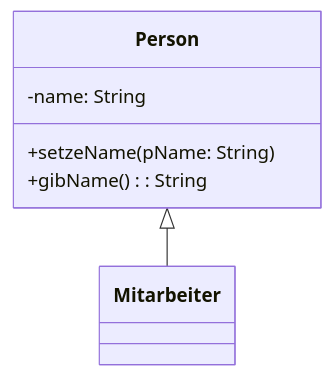
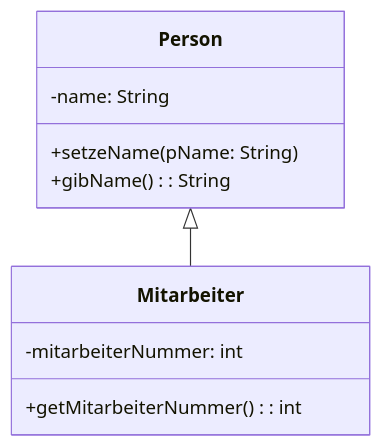
One commit to openpatch/hyperbook-informatik changed the diagram in book/oop/grundlagen/vererbung.md. Above: the diagram before and after it, drawn with Mermaid. The commit also changed other lines of this file and 1 other file, not shown here.

````diff
--- a/book/oop/grundlagen/vererbung.md
+++ b/book/oop/grundlagen/vererbung.md
@@ -11,12 +29,13 @@
 ```mermaid
 classDiagram
     Person <|-- Mitarbeiter
     class Person {
         -name: String
         +setzeName(pName: String)
         +gibName(): String
     }
     class Mitarbeiter {
-
+        -mitarbeiterNummer: int
+        +getMitarbeiterNummer(): int
     }
 ```
````
